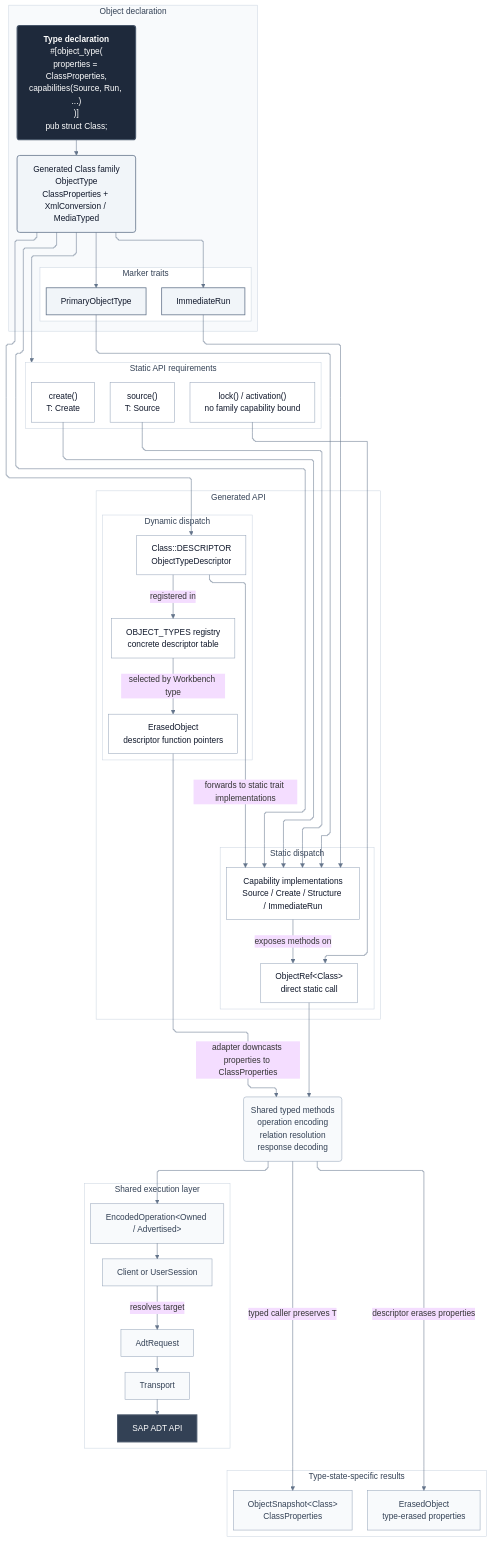
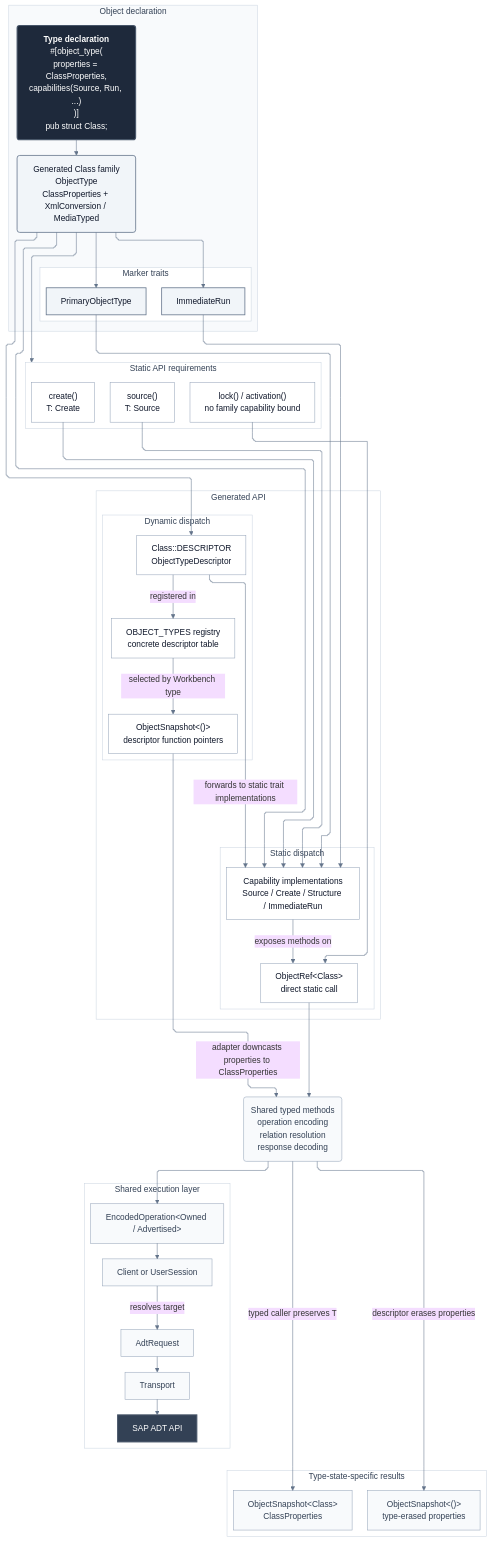
Before and after one commit to kennyhml/ziege: the diagram in crates/zadt/README.md, drawn with Mermaid. The commit also changed other lines of this file and 25 other files, not shown here.

Commit message:
refactor: revert to ObjectSnapshot<()> for erasure

```diff
--- a/crates/zadt/README.md
+++ b/crates/zadt/README.md
@@ -114,14 +114,14 @@
             direction TB
             DESCRIPTOR["Class::DESCRIPTOR<br>ObjectTypeDescriptor"]
             REGISTRY["OBJECT_TYPES registry<br>concrete descriptor table"]
-            RUNTIME_CALL["ErasedObject<br>descriptor function pointers"]
+            RUNTIME_CALL["ObjectSnapshot&lt;()&gt;<br>descriptor function pointers"]
         end
     end
 
     subgraph RESULTS["Type-state-specific results"]
         direction LR
         TYPED_OBJECT["ObjectSnapshot&lt;Class&gt;<br>ClassProperties"]
-        RUNTIME_OBJECT["ErasedObject<br>type-erased properties"]
+        RUNTIME_OBJECT["ObjectSnapshot&lt;()&gt;<br>type-erased properties"]
     end
 
     subgraph EXECUTION["Shared execution layer"]
```
